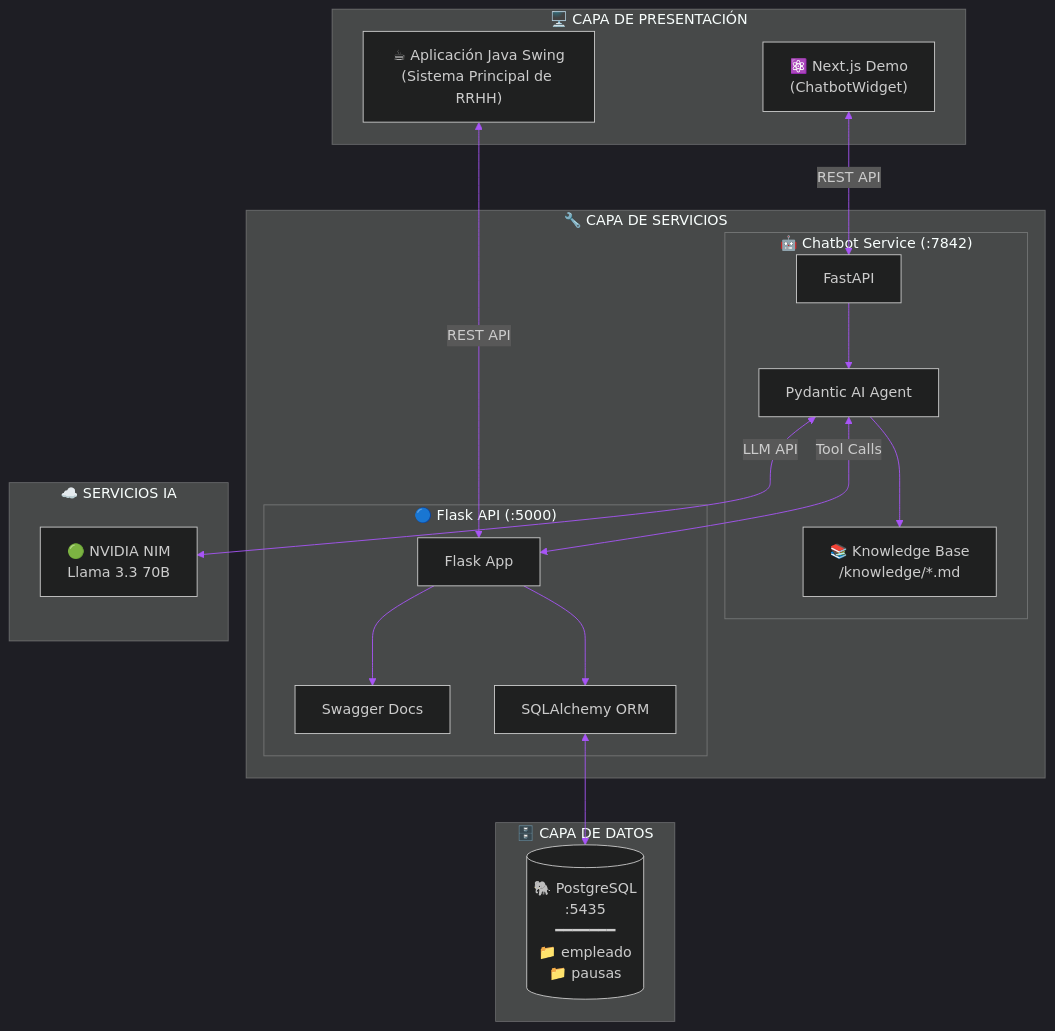
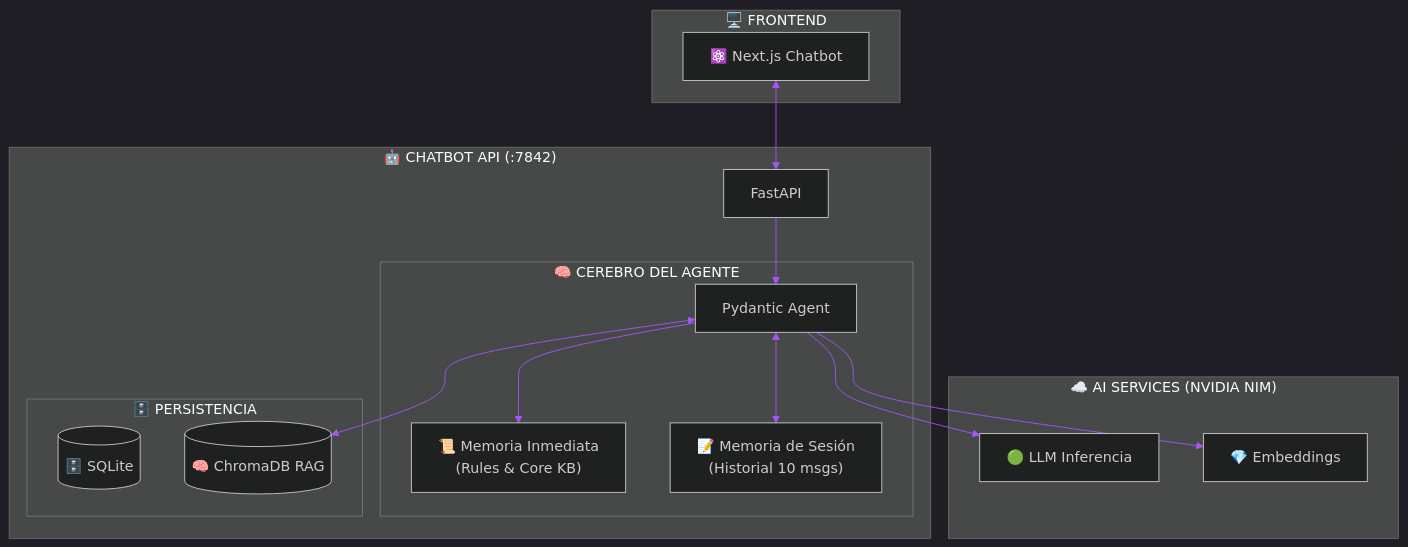
One commit to DennisonCc/ChatBot-Basadas changed the first of 2 diagrams in README.md. Above: the diagram before and after it, drawn with Mermaid. The commit also changed other lines of this file and 18 other files, not shown here.

````diff
--- a/README.md
+++ b/README.md
@@ -40,44 +49,41 @@
 ```mermaid
 %%{init: {'theme': 'dark', 'themeVariables': { 'primaryColor': '#818cf8', 'lineColor': '#a855f7'}}}%%
 
 graph TB
-    subgraph FRONTEND["🖥️ CAPA DE PRESENTACIÓN"]
-        JAVA_APP["☕ Aplicación Java Swing<br/>(Sistema Principal de RRHH)"]
-        NEXT_APP["⚛️ Next.js Demo<br/>(ChatbotWidget)"]
+    subgraph FRONTEND["🖥️ FRONTEND"]
+        NEXT_APP["⚛️ Next.js Chatbot"]
     end
 
-    subgraph SERVICES["🔧 CAPA DE SERVICIOS"]
-        subgraph CHATBOT_SVC["🤖 Chatbot Service (:7842)"]
-            FAST["FastAPI"]
-            PYDANTIC["Pydantic AI Agent"]
-            KB["📚 Knowledge Base<br/>/knowledge/*.md"]
+    subgraph CHATBOT_SVC["🤖 CHATBOT API (:7842)"]
+        FAST["FastAPI"]
+        
+        subgraph AGENT_BRAIN["🧠 CEREBRO DEL AGENTE"]
+            AGENT["Pydantic Agent"]
+            MEM_IMM["📜 Memoria Inmediata<br/>(Rules & Core KB)"]
+            MEM_SESS["📝 Memoria de Sesión<br/>(Historial 10 msgs)"]
         end
         
-        subgraph FLASK_SVC["🔵 Flask API (:5000)"]
-            FLASK["Flask App"]
-            SWAGGER["Swagger Docs"]
-            ORM["SQLAlchemy ORM"]
+        subgraph DATA_STORAGE["🗄️ PERSISTENCIA"]
+            SQL[(🗄️ SQLite)]
+            CHROMA[(🧠 ChromaDB RAG)]
         end
     end
 
-    subgraph AI["☁️ SERVICIOS IA"]
-        NVIDIA["🟢 NVIDIA NIM<br/>Llama 3.3 70B"]
-    end
-
-    subgraph DATA["🗄️ CAPA DE DATOS"]
-        POSTGRES[("🐘 PostgreSQL<br/>:5435<br/>━━━━━━━<br/>📁 empleado<br/>📁 pausas")]
+    subgraph CLOUD["☁️ AI SERVICES (NVIDIA NIM)"]
+        LLM["🟢 LLM Inferencia"]
+        EMBED["💎 Embeddings"]
     end
 
     %% Conexiones
-    JAVA_APP <-->|"REST API"| FLASK
-    NEXT_APP <-->|"REST API"| FAST
+    NEXT_APP <--> FAST
+    FAST --> AGENT
     
-    FAST --> PYDANTIC
-    PYDANTIC --> KB
-    PYDANTIC <-->|"Tool Calls"| FLASK
-    PYDANTIC <-->|"LLM API"| NVIDIA
+    %% RAG Flow
+    AGENT <--> CHROMA
+    AGENT <--> MEM_SESS
+    AGENT --> MEM_IMM
     
-    FLASK --> ORM
-    FLASK --> SWAGGER
-    ORM <--> POSTGRES
+    %% AI Flow
+    AGENT --> LLM
+    AGENT --> EMBED
 ```
````
